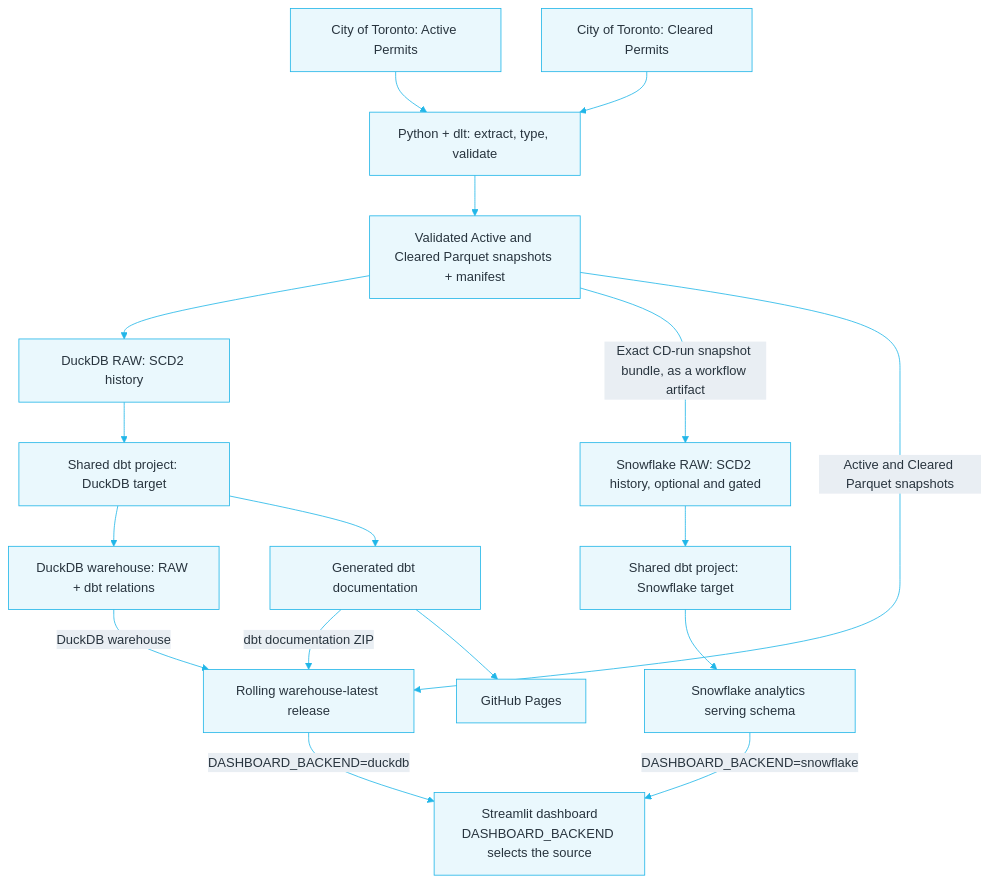
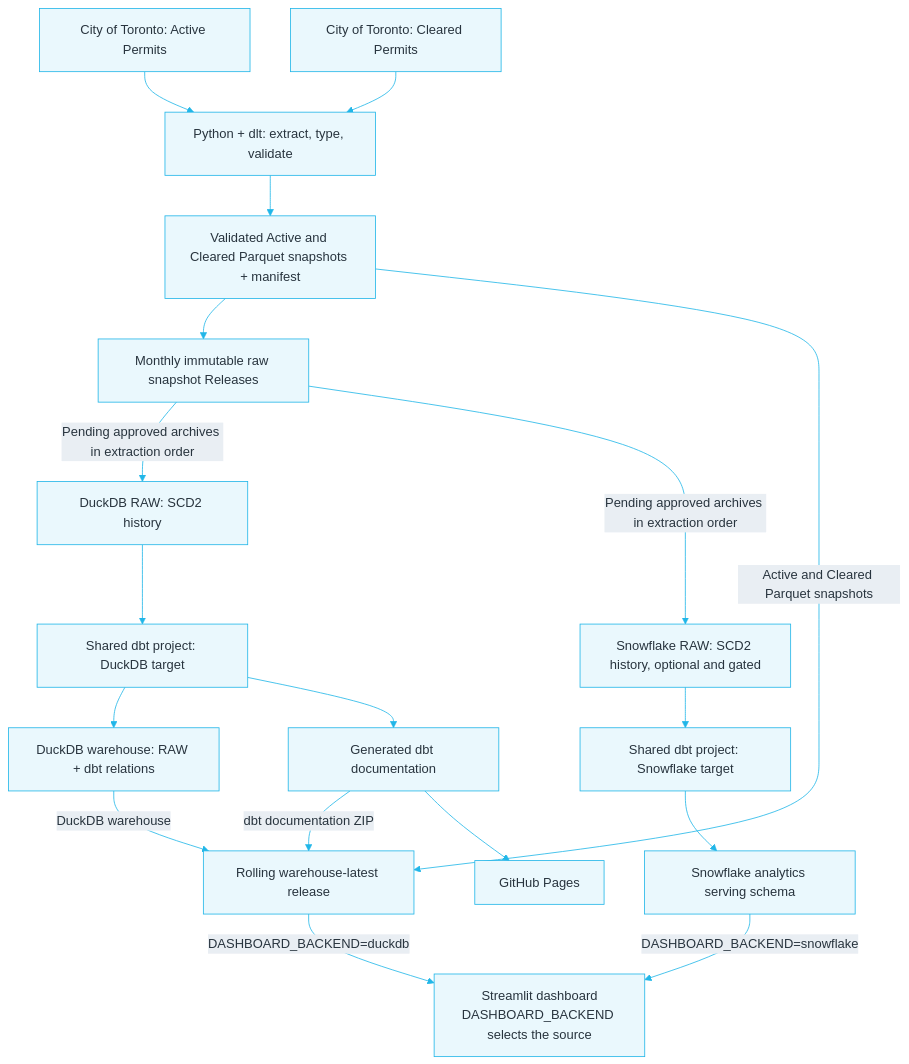
One commit to gagadanalyst/toronto-housing-bottleneck-analytics changed the first of 2 diagrams in README.md. Above: the diagram before and after it, drawn with Mermaid. The commit also changed other lines of this file and 2 other files, not shown here.

````diff
--- a/README.md
+++ b/README.md
@@ -21,34 +21,36 @@
 ```mermaid
 %%{init: {"theme":"base","themeVariables":{"primaryColor":"#EAF8FD","primaryTextColor":"#28343E","primaryBorderColor":"#21B6E8","lineColor":"#21B6E8","secondaryColor":"#E9EEF3","tertiaryColor":"#FFFFFF","fontFamily":"Arial, sans-serif"}}}%%
 flowchart TB
     A[City of Toronto: Active Permits]
     C[City of Toronto: Cleared Permits]
     E[Python + dlt: extract, type, validate]
     P[Validated Active and Cleared Parquet snapshots + manifest]
+    AR[Monthly immutable raw snapshot Releases]
     D[DuckDB RAW: SCD2 history]
     S[Snowflake RAW: SCD2 history, optional and gated]
     TD[Shared dbt project: DuckDB target]
     TS[Shared dbt project: Snowflake target]
     W[DuckDB warehouse: RAW + dbt relations]
     SM[Snowflake analytics serving schema]
     R[Rolling warehouse-latest release]
     DOCS[Generated dbt documentation]
     APP[Streamlit dashboard<br/>DASHBOARD_BACKEND selects the source]
 
     A --> E
     C --> E
     E --> P
-    P --> D
-    P -->|Exact CD-run snapshot bundle, as a workflow artifact| S
+    P --> AR
+    AR -->|Pending approved archives in extraction order| D
+    AR -->|Pending approved archives in extraction order| S
     D --> TD
     S --> TS
     TD --> W
     TS --> SM
     W -->|DuckDB warehouse| R
     P -->|Active and Cleared Parquet snapshots| R
     TD --> DOCS
     DOCS -->|dbt documentation ZIP| R
     DOCS --> Pages[GitHub Pages]
     R -->|DASHBOARD_BACKEND=duckdb| APP
     SM -->|DASHBOARD_BACKEND=snowflake| APP
 ```
````
